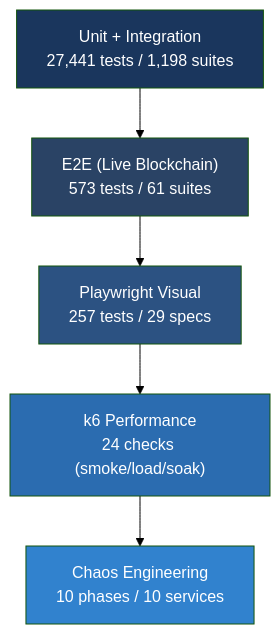
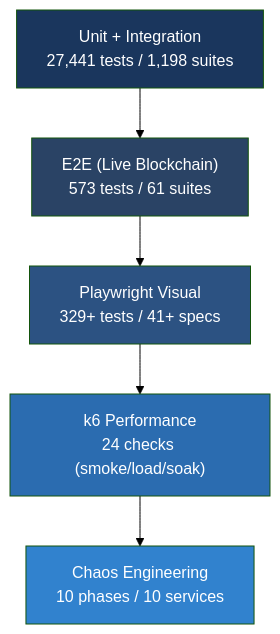
One commit to blockSightLive/blocksight-wiki changed the diagram in Test-Strategy.md. Above: the diagram before and after it, drawn with Mermaid (forest theme). The commit also changed other lines of this file and 1 other file, not shown here.

Commit message:
DELTA D-5: refresh Statistics.md (PL-C30 metrics, Playwright 257->329+) + Test-Strategy.md (Playwright counts)

````diff
--- a/Test-Strategy.md
+++ b/Test-Strategy.md
@@ -20,13 +20,13 @@
 ```mermaid
 graph TB
     A["Unit + Integration<br/>27,441 tests / 1,198 suites"] --> B["E2E (Live Blockchain)<br/>573 tests / 61 suites"]
-    B --> C["Playwright Visual<br/>257 tests / 29 specs"]
+    B --> C["Playwright Visual<br/>329+ tests / 41+ specs"]
     C --> D["k6 Performance<br/>24 checks (smoke/load/soak)"]
     D --> E["Chaos Engineering<br/>10 phases / 10 services"]
 
     style A fill:#1a365d,color:#fff
     style B fill:#2a4365,color:#fff
     style C fill:#2c5282,color:#fff
     style D fill:#2b6cb0,color:#fff
     style E fill:#3182ce,color:#fff
 ```
````
